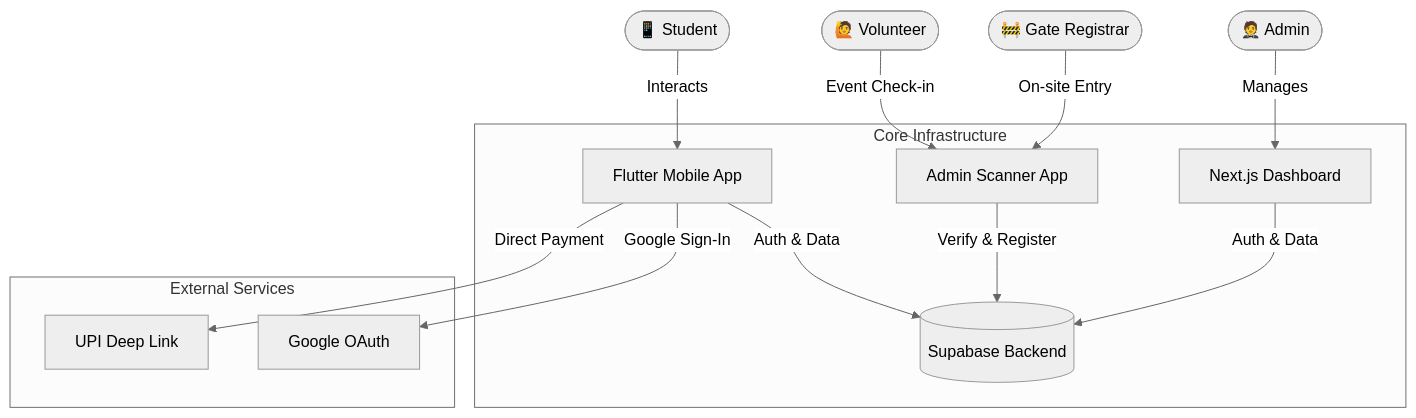
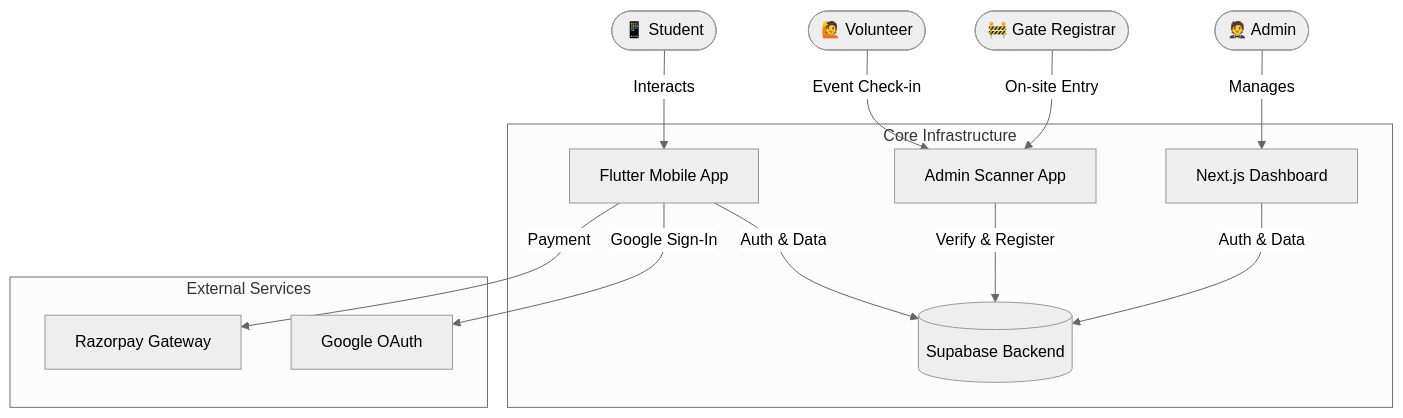
The diagram in README.md (AdithyaKul/RegisterYu), drawn with Mermaid (neutral theme) before and after one commit. The commit also changed other lines of this file and 2 other files, not shown here.

````diff
--- a/README.md
+++ b/README.md
@@ -35,18 +35,18 @@
 ```mermaid
 graph TD
     User([📱 Student]) -->|Interacts| MobileApp[Flutter Mobile App]
     Admin([🤵 Admin]) -->|Manages| WebDash[Next.js Dashboard]
     Gate([🚧 Gate Registrar]) -->|On-site Entry| Scanner[Admin Scanner App]
     Vol([🙋 Volunteer]) -->|Event Check-in| Scanner
 
     subgraph "Core Infrastructure"
         MobileApp -->|Auth & Data| Supabase[(Supabase Backend)]
         WebDash -->|Auth & Data| Supabase
         Scanner -->|Verify & Register| Supabase
     end
 
     subgraph "External Services"
         MobileApp -->|Google Sign-In| OAuth[Google OAuth]
-        MobileApp -->|Direct Payment| UPI[UPI Deep Link]
+        MobileApp -->|Payment| Razorpay[Razorpay Gateway]
     end
 ```
````
